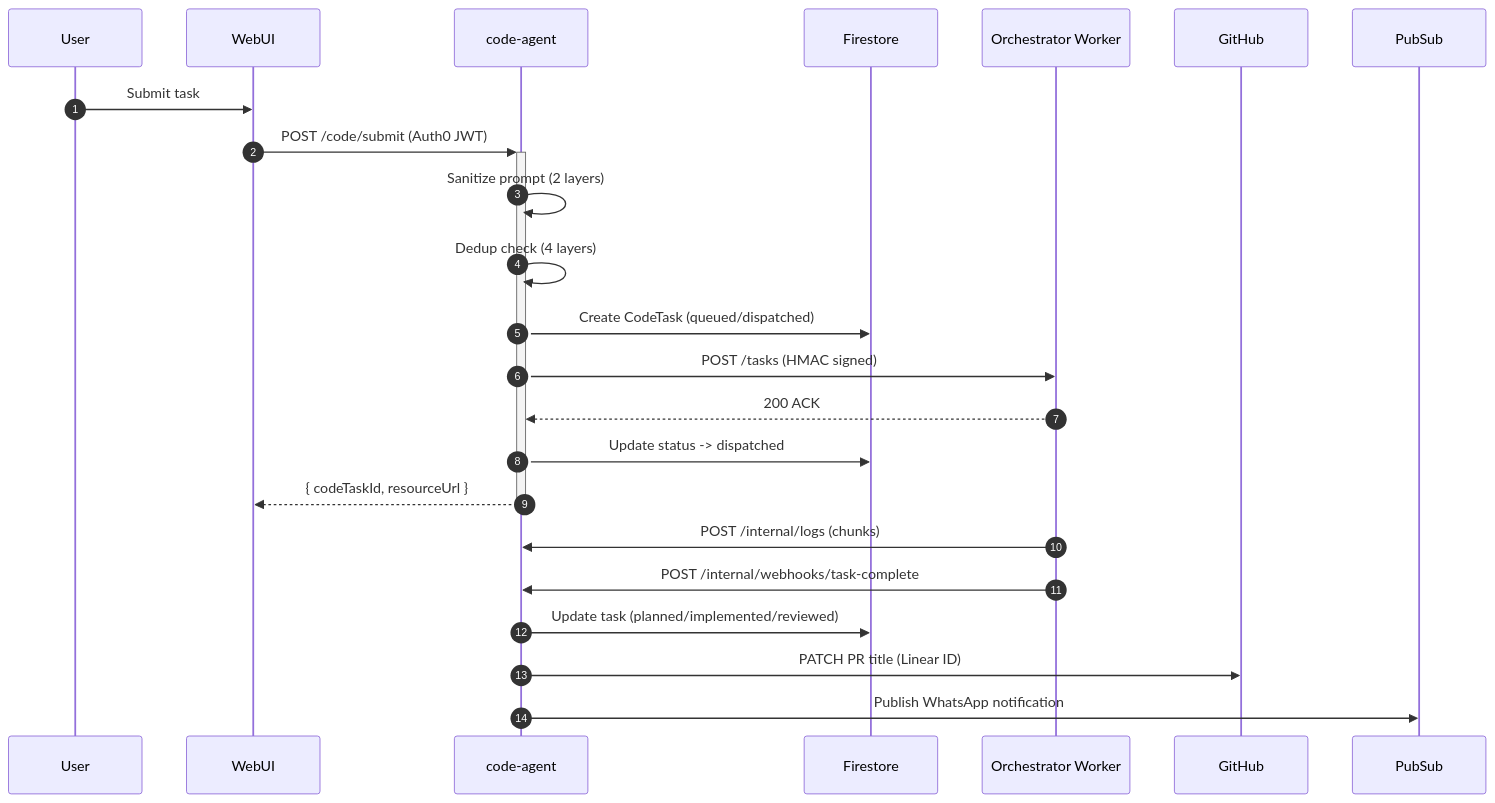
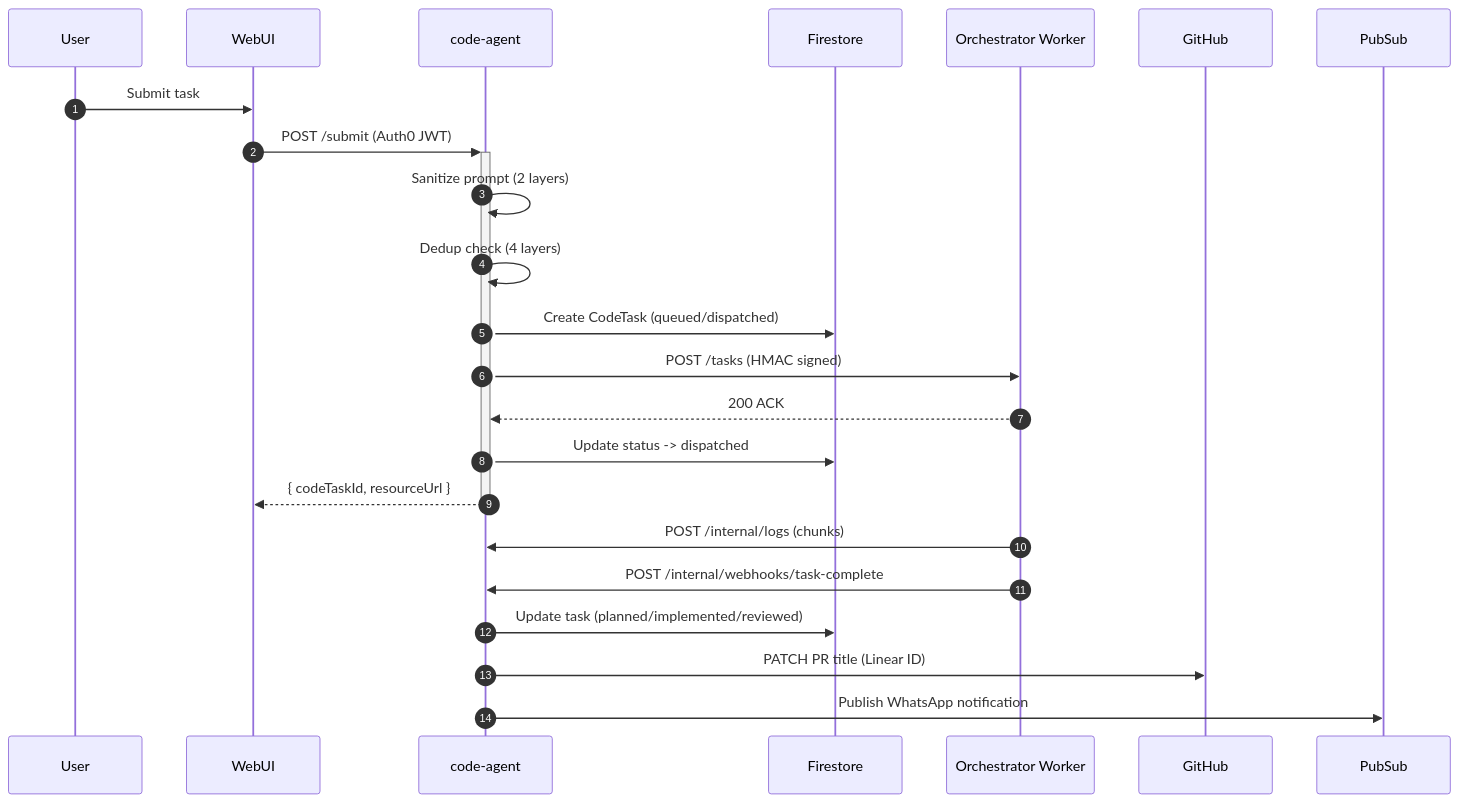
Before and after one commit to pbuchman/intexuraos: the second of 2 diagrams in docs/services/code-agent/technical.md, drawn with Mermaid. The commit also changed other lines of this file and 235 other files, not shown here.

````diff
--- a/docs/services/code-agent/technical.md
+++ b/docs/services/code-agent/technical.md
@@ -94,26 +94,26 @@
 ```mermaid
 sequenceDiagram
     autonumber
     participant User
     participant WebUI
     participant CodeAgent as code-agent
     participant Firestore
     participant Worker as Orchestrator Worker
     participant GitHub
 
     User->>WebUI: Submit task
-    WebUI->>+CodeAgent: POST /code/submit (Auth0 JWT)
+    WebUI->>+CodeAgent: POST /submit (Auth0 JWT)
     CodeAgent->>CodeAgent: Sanitize prompt (2 layers)
     CodeAgent->>CodeAgent: Dedup check (4 layers)
     CodeAgent->>Firestore: Create CodeTask (queued/dispatched)
     CodeAgent->>Worker: POST /tasks (HMAC signed)
     Worker-->>CodeAgent: 200 ACK
     CodeAgent->>Firestore: Update status -> dispatched
     CodeAgent-->>-WebUI: { codeTaskId, resourceUrl }
 
     Worker->>CodeAgent: POST /internal/logs (chunks)
     Worker->>CodeAgent: POST /internal/webhooks/task-complete
     CodeAgent->>Firestore: Update task (planned/implemented/reviewed)
     CodeAgent->>GitHub: PATCH PR title (Linear ID)
     CodeAgent->>PubSub: Publish WhatsApp notification
 ```
````
